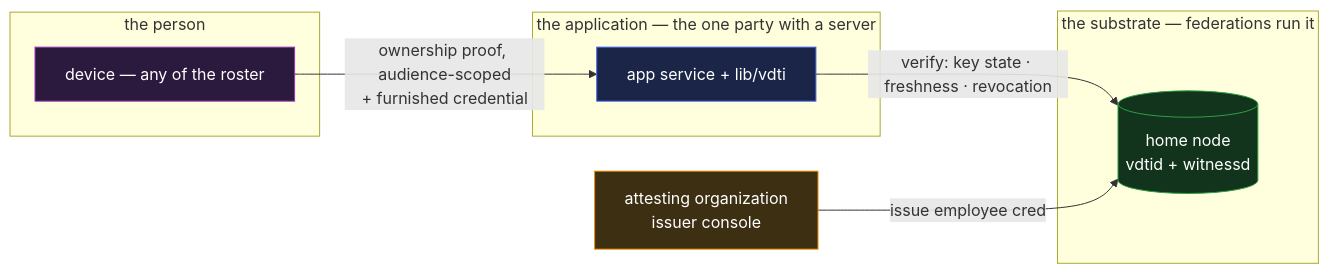
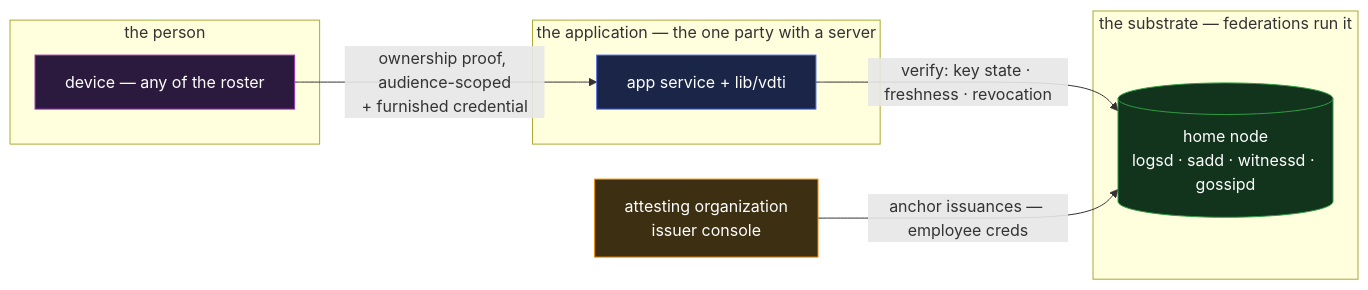
One commit to jasoncolburne/vdti changed the diagram in docs/design/example-applications/sso.md. Above: the diagram before and after it, drawn with Mermaid. The commit also changed other lines of this file and 79 other files, not shown here.

````diff
--- a/docs/design/example-applications/sso.md
+++ b/docs/design/example-applications/sso.md
@@ -10,20 +10,20 @@
 ```mermaid
 flowchart LR
   subgraph person["the person"]
     dev["device — any of the roster"]:::app
   end
   subgraph rp["the application — the one party with a server"]
     site["app service + lib/vdti"]:::lib
   end
   attestor["attesting organization<br/>issuer console"]:::org
   subgraph sub["the substrate — federations run it"]
-    node[("home node<br/>vdtid + witnessd")]:::svc
+    node[("home node<br/>logsd · sadd · witnessd · gossipd")]:::svc
   end
   dev -->|"ownership proof, audience-scoped<br/>+ furnished credential"| site
   site -->|"verify: key state · freshness · revocation"| node
-  attestor -->|"issue employee cred"| node
+  attestor -->|"anchor issuances — employee creds"| node
   classDef app fill:#2b1a3d,stroke:#9c36b5,color:#fff
   classDef lib fill:#1a2547,stroke:#4263eb,color:#fff
   classDef org fill:#3d2f12,stroke:#f08c00,color:#fff
   classDef svc fill:#12331c,stroke:#2f9e44,color:#fff
 ```
````
